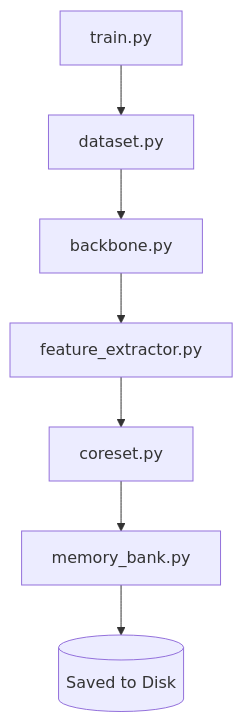
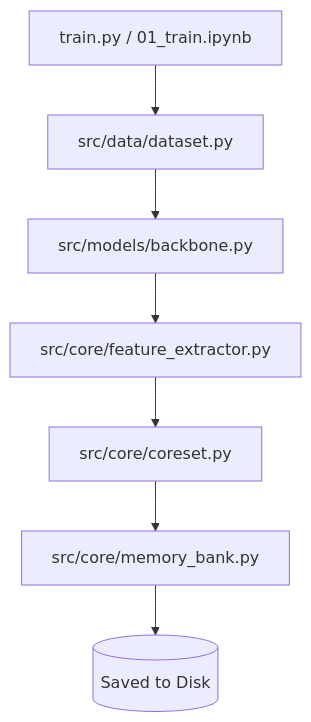
One commit to lynnch-coder/Defect_Detector changed the first of 2 diagrams in README.md. Above: the diagram before and after it, drawn with Mermaid. The commit also changed other lines of this file and 23 other files, not shown here.

Commit message:
Refactor: Moved code to src/ and notebooks/ architecture and done the pathcore part but the inference is still missing and the comparaison with clip

````diff
--- a/README.md
+++ b/README.md
@@ -60,9 +93,9 @@
 ```mermaid
 graph TD
-    A[train.py] --> B[dataset.py]
-    B --> C[backbone.py]
-    C --> D[feature_extractor.py]
-    D --> E[coreset.py]
-    E --> F[memory_bank.py]
+    A[train.py / 01_train.ipynb] --> B[src/data/dataset.py]
+    B --> C[src/models/backbone.py]
+    C --> D[src/core/feature_extractor.py]
+    D --> E[src/core/coreset.py]
+    E --> F[src/core/memory_bank.py]
     F --> G[(Saved to Disk)]
 ```
````
